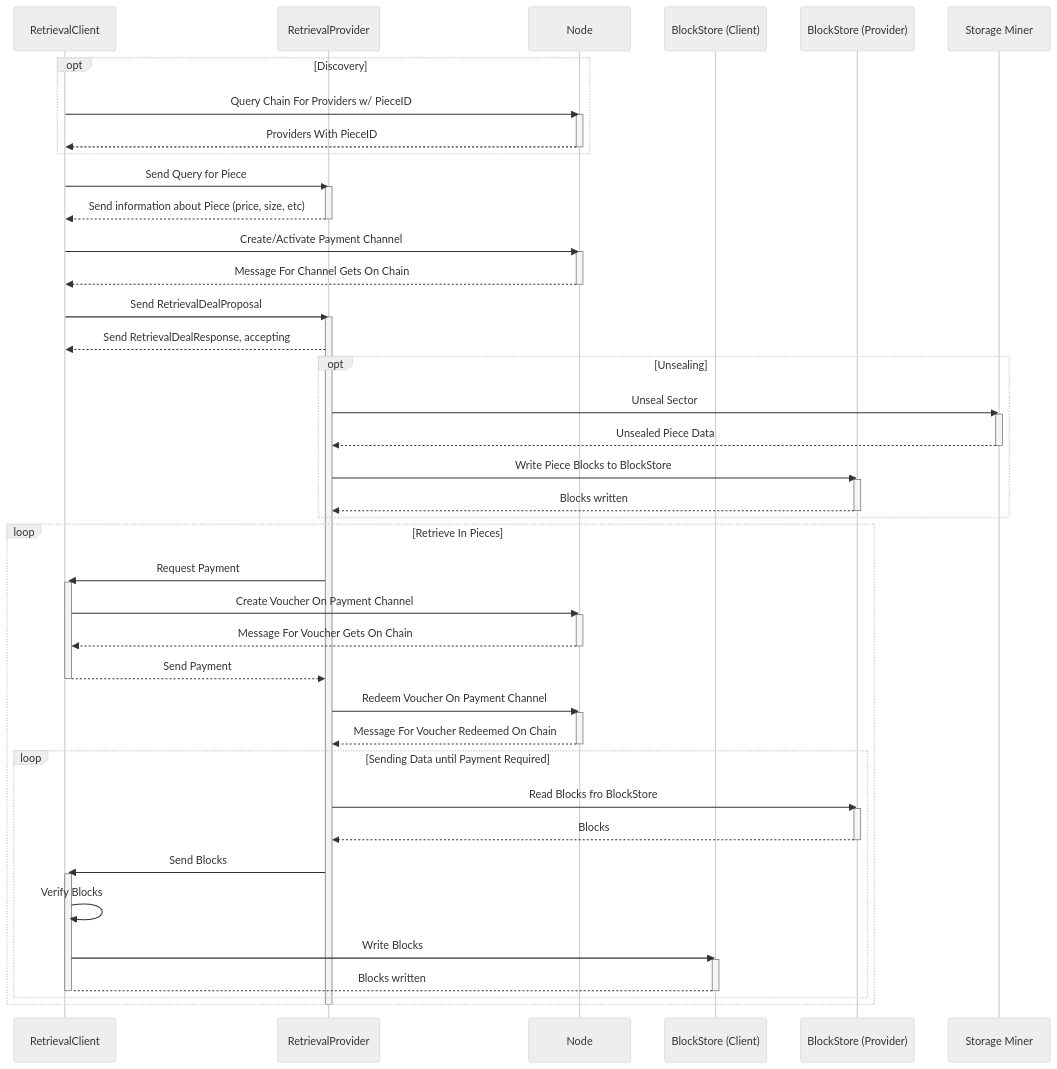
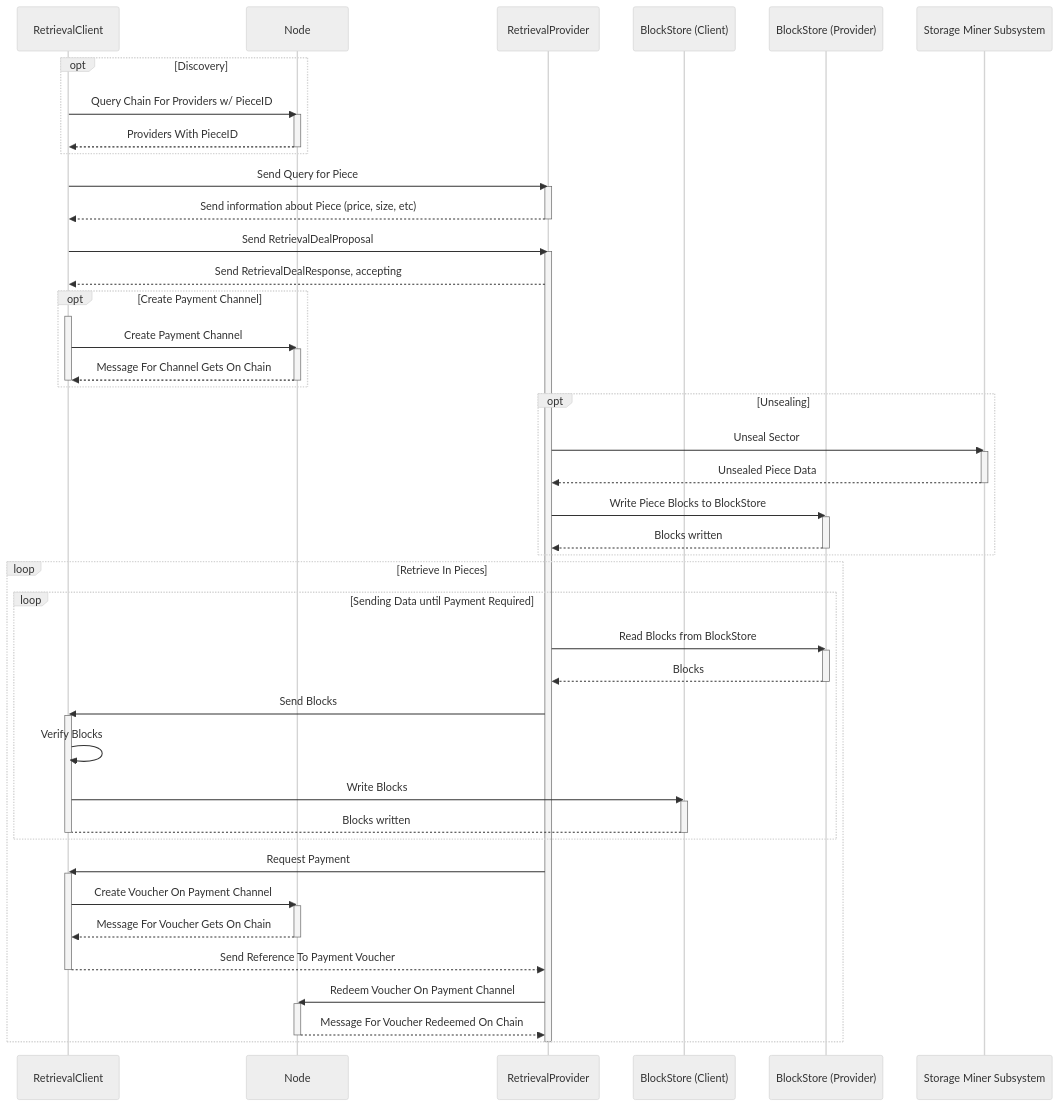
The diagram in src/systems/filecoin_markets/retrieval_market/retrieval_flow_v0.mmd (filecoin-project/specs), drawn with Mermaid (neutral theme) before and after one commit. The commit also changed 8 other files, not shown here.

```diff
--- a/src/systems/filecoin_markets/retrieval_market/retrieval_flow_v0.mmd
+++ b/src/systems/filecoin_markets/retrieval_market/retrieval_flow_v0.mmd
@@ -1,67 +1,70 @@
 sequenceDiagram
 
   participant Client as RetrievalClient
+  participant Node
   participant Provider as RetrievalProvider
-  participant Node
   participant BSC as BlockStore (Client)
   participant BSP as BlockStore (Provider)
-  participant StorageMiner as Storage Miner
+  participant StorageMiner as Storage Miner Subsystem
 
   opt Discovery
     Client ->> Node : Query Chain For Providers w/ PieceID
     activate Node
     Node -->> Client : Providers With PieceID
     deactivate Node
   end
 
   Client ->> Provider : Send Query for Piece
   activate Provider
   Provider -->> Client : Send information about Piece (price, size, etc)
   deactivate Provider
-  Client ->> Node : Create/Activate Payment Channel
-  activate Node
-  Node -->> Client : Message For Channel Gets On Chain
-  deactivate Node
   Client ->> Provider : Send RetrievalDealProposal
   activate Provider
   Provider -->> Client : Send RetrievalDealResponse, accepting
+  opt Create Payment Channel
   activate Client
+  Client ->> Node : Create Payment Channel
+  activate Node
+  Node -->> Client : Message For Channel Gets On Chain
+  deactivate Client
+  deactivate Node
+  end
   opt Unsealing
   Provider ->> StorageMiner : Unseal Sector
   activate StorageMiner
   StorageMiner -->> Provider : Unsealed Piece Data
   deactivate StorageMiner
   Provider ->> BSP: Write Piece Blocks to BlockStore
   activate BSP
   BSP -->> Provider : Blocks written
   deactivate BSP
   end
   loop Retrieve In Pieces
-    Provider ->> Client : Request Payment
-    activate Client
-    Client ->> Node : Create Voucher On Payment Channel
-    activate Node
-    Node -->> Client : Message For Voucher Gets On Chain
-    deactivate Node
-    Client -->> Provider : Send Payment
-    deactivate Client
-    Provider ->> Node : Redeem Voucher On Payment Channel
-    activate Node
-    Node -->> Provider : Message For Voucher Redeemed On Chain
-    deactivate Node
     loop Sending Data until Payment Required
-        Provider ->> BSP: Read Blocks fro  BlockStore
+        Provider ->> BSP: Read Blocks from BlockStore
         activate BSP
         BSP -->> Provider : Blocks
         deactivate BSP
         Provider ->> Client : Send Blocks
         activate Client
         Client ->> Client : Verify Blocks
         Client ->> BSC : Write Blocks
         activate BSC
         BSC --> Client: Blocks written
         deactivate BSC
         deactivate Client
     end
+    Provider ->> Client : Request Payment
+    activate Client
+    Client ->> Node : Create Voucher On Payment Channel
+    activate Node
+    Node -->> Client : Message For Voucher Gets On Chain
+    deactivate Node
+    Client -->> Provider : Send Reference To Payment Voucher
+    deactivate Client
+    Provider ->> Node : Redeem Voucher On Payment Channel
+    activate Node
+    Node -->> Provider : Message For Voucher Redeemed On Chain
+    deactivate Node
   end
   deactivate Provider
```
